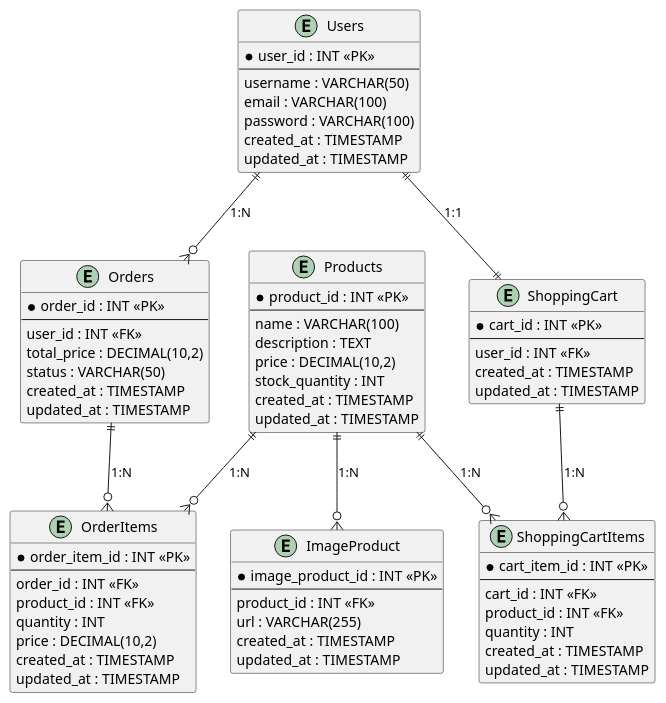
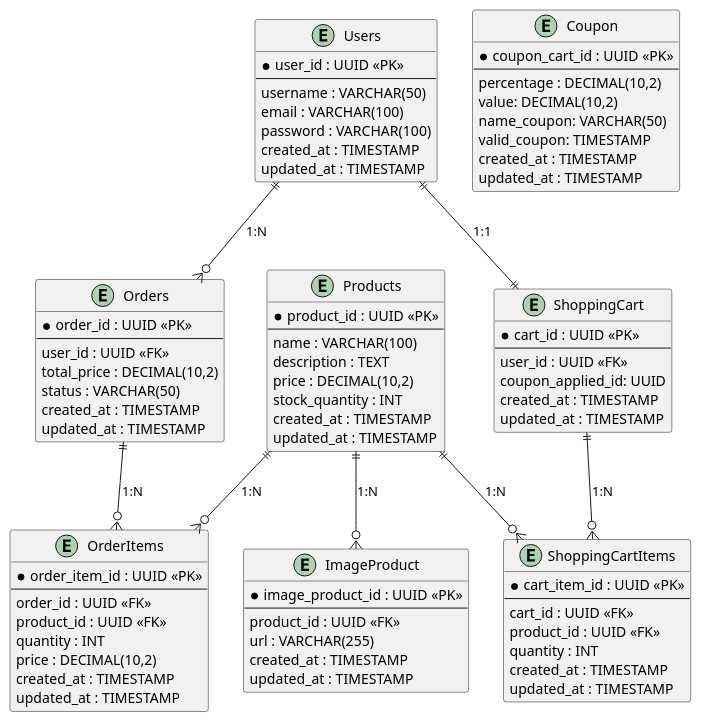
The diagram in backend-natura/db.plantuml (jnerydesigner/natura-challenge), drawn with PlantUML before and after one commit. The commit also changed 23 other files, not shown here.

Commit message:
Feat: Cart aplied coupon

```diff
--- a/backend-natura/db.plantuml
+++ b/backend-natura/db.plantuml
@@ -1,78 +1,90 @@
 @startuml Diagrama do E-commerce
 entity "Users" as Users {
-    * user_id : INT <<PK>>
+    * user_id : UUID <<PK>>
     --
     username : VARCHAR(50)
     email : VARCHAR(100)
     password : VARCHAR(100)
     created_at : TIMESTAMP
     updated_at : TIMESTAMP
 }
 
 entity "Products" as Products {
-    * product_id : INT <<PK>>
+    * product_id : UUID <<PK>>
     --
     name : VARCHAR(100)
     description : TEXT
     price : DECIMAL(10,2)
     stock_quantity : INT
     created_at : TIMESTAMP
     updated_at : TIMESTAMP
 }
 
 entity "ImageProduct" as ImageProduct {
-    * image_product_id : INT <<PK>>
+    * image_product_id : UUID <<PK>>
     --
-    product_id : INT <<FK>>
+    product_id : UUID <<FK>>
     url : VARCHAR(255)
     created_at : TIMESTAMP
     updated_at : TIMESTAMP
 }
 
 entity "Orders" as Orders {
-    * order_id : INT <<PK>>
+    * order_id : UUID <<PK>>
     --
-    user_id : INT <<FK>>
+    user_id : UUID <<FK>>
     total_price : DECIMAL(10,2)
     status : VARCHAR(50)
     created_at : TIMESTAMP
     updated_at : TIMESTAMP
 }
 
 entity "OrderItems" as OrderItems {
-    * order_item_id : INT <<PK>>
+    * order_item_id : UUID <<PK>>
     --
-    order_id : INT <<FK>>
-    product_id : INT <<FK>>
+    order_id : UUID <<FK>>
+    product_id : UUID <<FK>>
     quantity : INT
     price : DECIMAL(10,2)
     created_at : TIMESTAMP
     updated_at : TIMESTAMP
 }
 
 entity "ShoppingCart" as ShoppingCart {
-    * cart_id : INT <<PK>>
+    * cart_id : UUID <<PK>>
     --
-    user_id : INT <<FK>>
+    user_id : UUID <<FK>>
+    coupon_applied_id: UUID
     created_at : TIMESTAMP
     updated_at : TIMESTAMP
 }
 
 entity "ShoppingCartItems" as ShoppingCartItems {
-    * cart_item_id : INT <<PK>>
+    * cart_item_id : UUID <<PK>>
     --
-    cart_id : INT <<FK>>
-    product_id : INT <<FK>>
+    cart_id : UUID <<FK>>
+    product_id : UUID <<FK>>
     quantity : INT
+    created_at : TIMESTAMP
+    updated_at : TIMESTAMP
+}
+
+entity "Coupon" as Coupon {
+    * coupon_cart_id : UUID <<PK>>
+    --
+    percentage : DECIMAL(10,2)
+    value: DECIMAL(10,2)
+    name_coupon: VARCHAR(50)
+    valid_coupon: TIMESTAMP
     created_at : TIMESTAMP
     updated_at : TIMESTAMP
 }
 
 Users ||--o{ Orders : "1:N"
 Orders ||--o{ OrderItems : "1:N"
 Products ||--o{ OrderItems : "1:N"
 Users ||--|| ShoppingCart : "1:1"
 ShoppingCart ||--o{ ShoppingCartItems : "1:N"
 Products ||--o{ ShoppingCartItems : "1:N"
 Products ||--o{ ImageProduct : "1:N"
 @enduml
```
